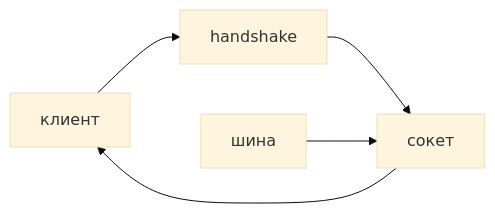
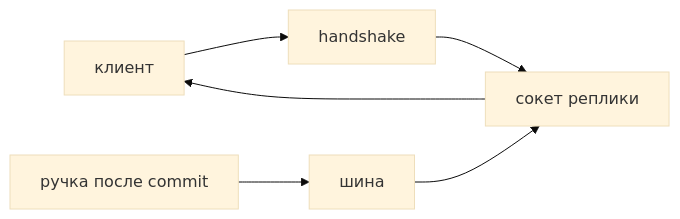
Before and after one commit to AlexanderNY/cursor_test: the diagram in nine-to-eighteen/ui/src/data/learn/python/py29-websockets.md, drawn with Mermaid (base theme). The commit also changed other lines of this file and 40 other files, not shown here.

````diff
--- a/nine-to-eighteen/ui/src/data/learn/python/py29-websockets.md
+++ b/nine-to-eighteen/ui/src/data/learn/python/py29-websockets.md
@@ -50,7 +109,8 @@
 ```mermaid
 flowchart LR
   C[клиент] --> H[handshake]
-  H --> S[сокет]
+  H --> S[сокет реплики]
+  API[ручка после commit] --> Bus[шина]
+  Bus --> S
   S --> C
-  Bus[шина] --> S
 ```
````
